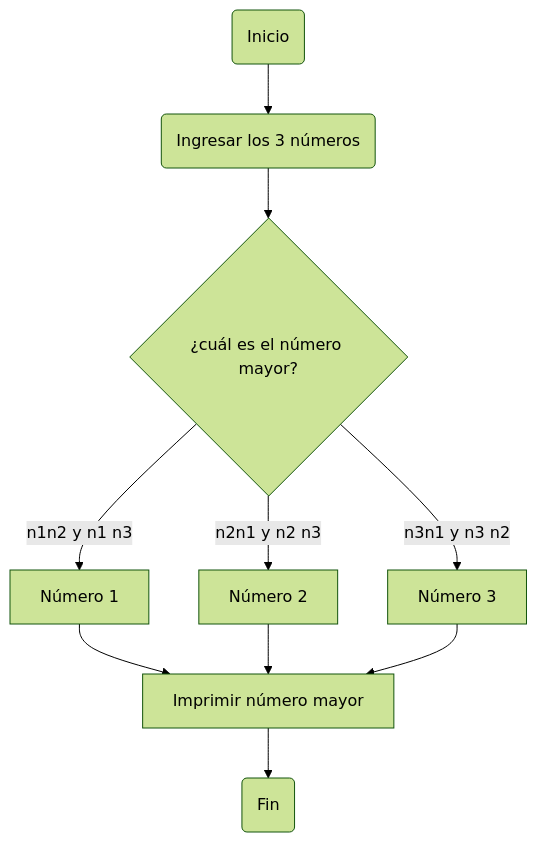
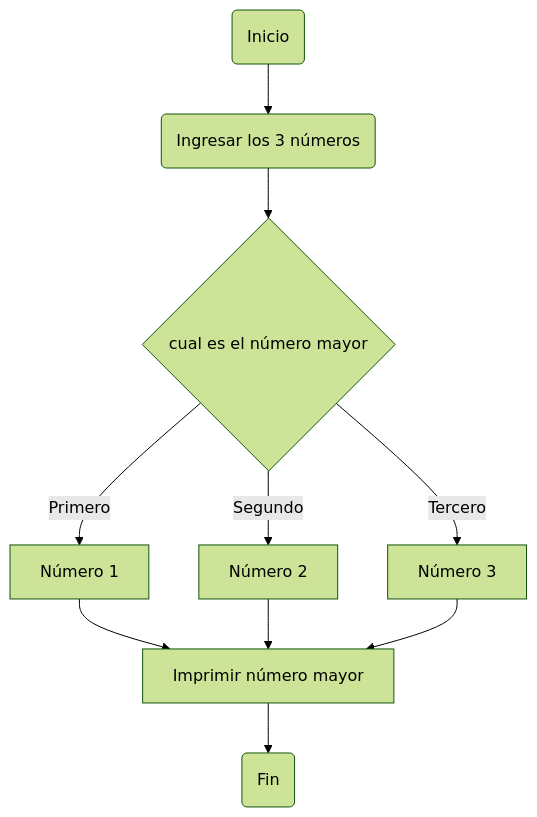
The first of 3 diagrams in README.md (jeriosv/taller_1), drawn with Mermaid (forest theme) before and after one commit.

````diff
--- a/README.md
+++ b/README.md
@@ -24,11 +24,11 @@
 ```mermaid
   graph TD;
-    A(Inicio) --> B(Ingresar los 3 números);
-    B --> C{¿cuál es el número mayor?};
-    C -->|n1n2 y n1 n3| D[Número 1];
-    C -->|n2n1 y n2 n3| E[Número 2];
-    C -->|n3n1 y n3 n2| F[Número 3];
-    D --> G[Imprimir número mayor] --> H(Fin);
-    E --> G;
-    F --> G;
+    A(Inicio) --> B(Ingresar los 3 números)
+    B --> C{cual es el número mayor}
+    C -->|Primero| D[Número 1] 
+    C -->|Segundo| E[Número 2] 
+    C -->|Tercero| F[Número 3] 
+    D --> G[Imprimir número mayor] --> H(Fin)
+    E --> G 
+    F --> G 
 ```
````
